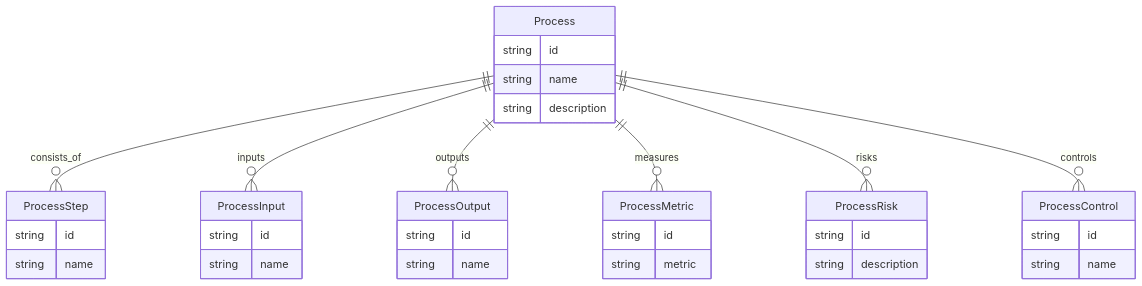
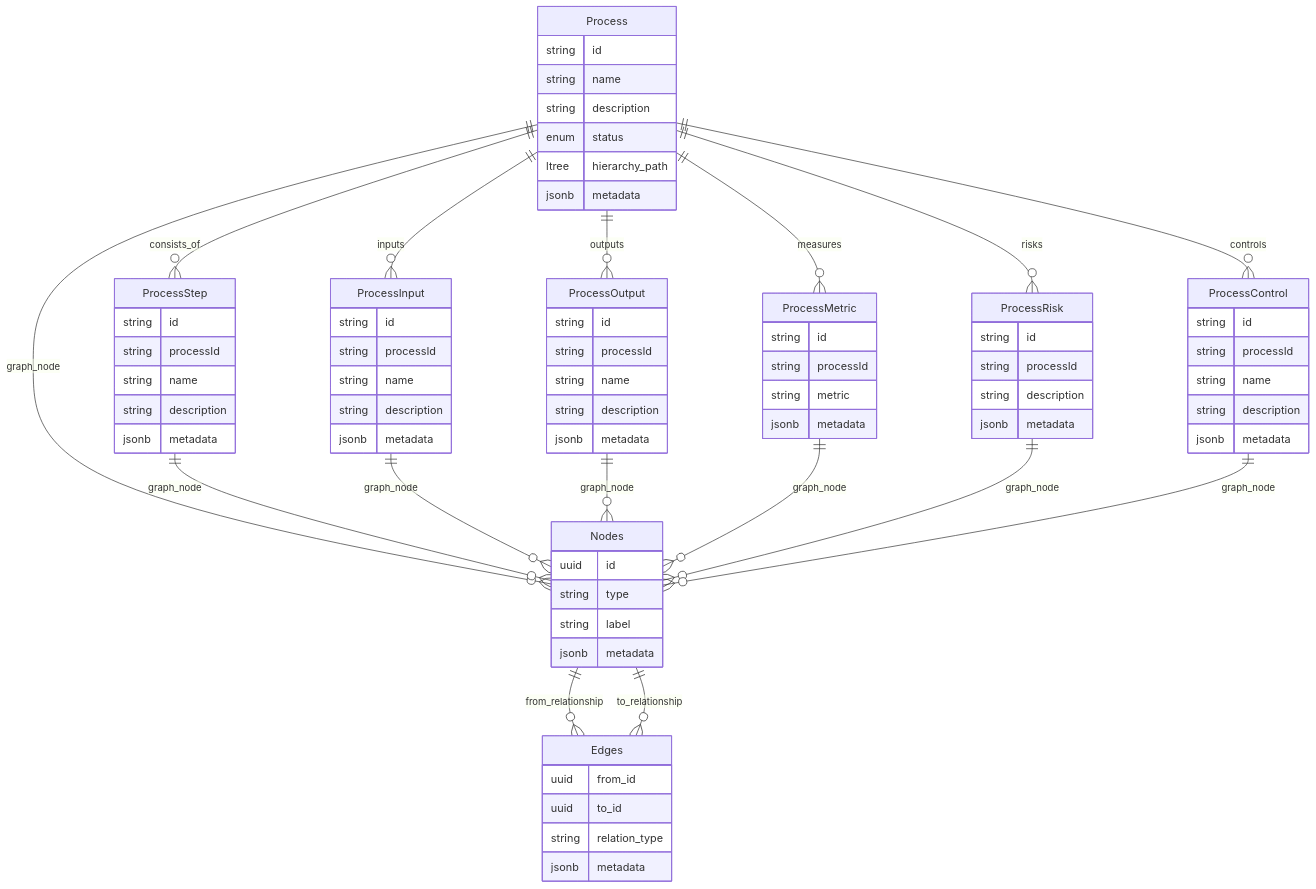
One commit to Duds/capopt_platform changed the sixth of 10 diagrams in docs/design/solution-architecture-design.md. Above: the diagram before and after it, drawn with Mermaid. The commit also changed other lines of this file and 30 other files, not shown here.

First line of the commit message:
feat: implement graph relational architecture and enhance testing infrastructure

````diff
--- a/docs/design/solution-architecture-design.md
+++ b/docs/design/solution-architecture-design.md
@@ -345,38 +726,78 @@
 ```mermaid
 erDiagram
     Process {
         string id
         string name
         string description
+        enum status
+        ltree hierarchy_path
+        jsonb metadata
     }
     ProcessStep {
         string id
+        string processId
         string name
+        string description
+        jsonb metadata
     }
     ProcessInput {
         string id
+        string processId
         string name
+        string description
+        jsonb metadata
     }
     ProcessOutput {
         string id
+        string processId
         string name
+        string description
+        jsonb metadata
     }
     ProcessMetric {
         string id
+        string processId
         string metric
+        jsonb metadata
     }
     ProcessRisk {
         string id
+        string processId
         string description
+        jsonb metadata
     }
     ProcessControl {
         string id
+        string processId
         string name
+        string description
+        jsonb metadata
+    }
+    Nodes {
+        uuid id
+        string type
+        string label
+        jsonb metadata
+    }
+    Edges {
+        uuid from_id
+        uuid to_id
+        string relation_type
+        jsonb metadata
     }
     Process ||--o{ ProcessStep : consists_of
     Process ||--o{ ProcessInput : inputs
     Process ||--o{ ProcessOutput : outputs
     Process ||--o{ ProcessMetric : measures
     Process ||--o{ ProcessRisk : risks
     Process ||--o{ ProcessControl : controls
+    Process ||--o{ Nodes : graph_node
+    ProcessStep ||--o{ Nodes : graph_node
+    ProcessInput ||--o{ Nodes : graph_node
+    ProcessOutput ||--o{ Nodes : graph_node
+    ProcessMetric ||--o{ Nodes : graph_node
+    ProcessRisk ||--o{ Nodes : graph_node
+    ProcessControl ||--o{ Nodes : graph_node
+    Nodes ||--o{ Edges : from_relationship
+    Nodes ||--o{ Edges : to_relationship
 ```
````
